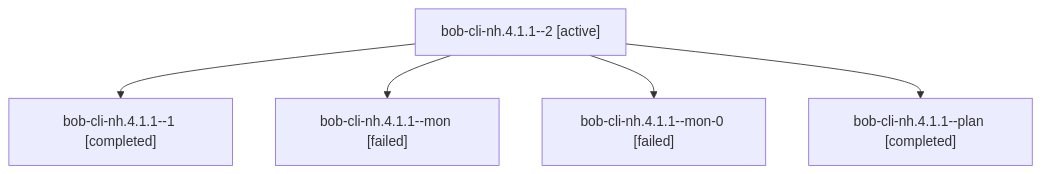
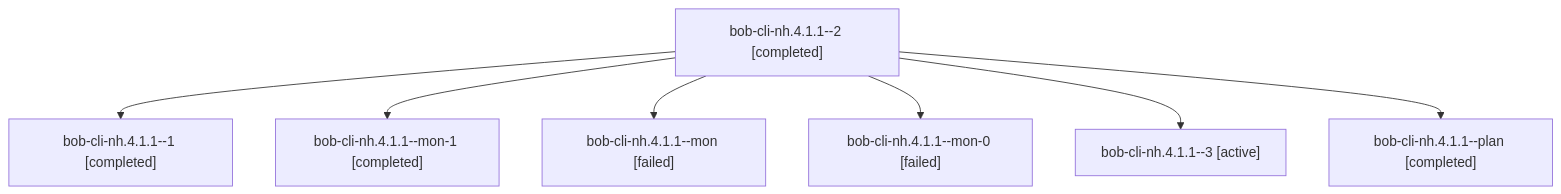
Before and after one commit to bobs-org/bob-cli--agents: the diagram in sessions/bbugyi200.athena.bob-cli-nh.4.1.1.md, drawn with Mermaid. The commit also changed other lines of this file and 109 other files, not shown here.

````diff
--- a/sessions/bbugyi200.athena.bob-cli-nh.4.1.1.md
+++ b/sessions/bbugyi200.athena.bob-cli-nh.4.1.1.md
@@ -9,12 +9,16 @@
 ```mermaid
 flowchart TD
-  n0["bob-cli-nh.4.1.1--2 [active]"]
+  n0["bob-cli-nh.4.1.1--2 [completed]"]
   n1["bob-cli-nh.4.1.1--1 [completed]"]
   n0 --> n1
-  n2["bob-cli-nh.4.1.1--mon [failed]"]
+  n2["bob-cli-nh.4.1.1--mon-1 [completed]"]
   n0 --> n2
-  n3["bob-cli-nh.4.1.1--mon-0 [failed]"]
+  n3["bob-cli-nh.4.1.1--mon [failed]"]
   n0 --> n3
-  n4["bob-cli-nh.4.1.1--plan [completed]"]
+  n4["bob-cli-nh.4.1.1--mon-0 [failed]"]
   n0 --> n4
+  n5["bob-cli-nh.4.1.1--3 [active]"]
+  n0 --> n5
+  n6["bob-cli-nh.4.1.1--plan [completed]"]
+  n0 --> n6
 ```
````
